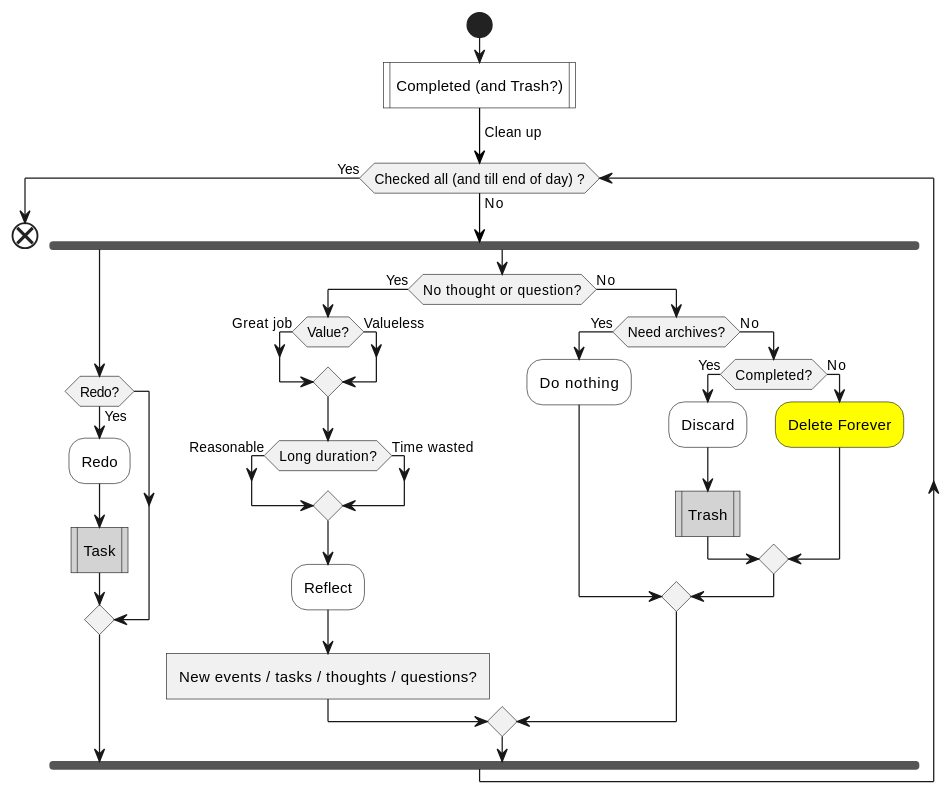
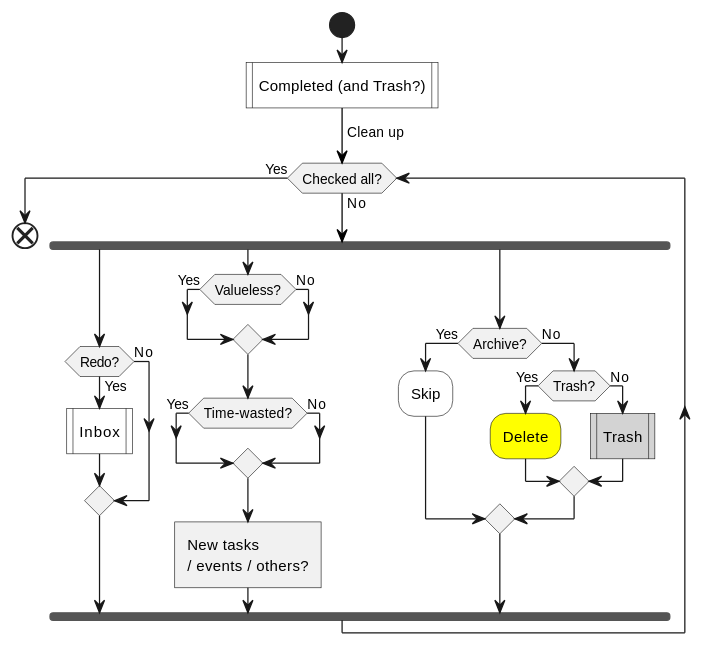
One commit to IceHe/icehe-lib changed the seventh of 9 diagrams in snips/principles/gtd.md. Above: the diagram before and after it, drawn with PlantUML. The commit also changed other lines of this file and 1 other file, not shown here.

````diff
--- a/snips/principles/gtd.md
+++ b/snips/principles/gtd.md
@@ -216,38 +310,36 @@
 ```plantuml
 @startuml
 start
 #white:Completed (and Trash?)|
 -[#black]-> Clean up;
-while (Checked all (and till end of day) ?) is (No)
+while (Checked all?) is (No)
     fork
         if (Redo?) then (Yes)
-            #white:Redo;
-            #lightGray:Task|
+            #white:Inbox|
+            '#white:Redo;
+            '#lightGray:Task|
+        else (No)
         endif
     fork again
-        if (No thought or question?) then (Yes)
-            if (Value?) then (Great job)
-            else (Valueless)
-            endif
-            if (Long duration?) then (Reasonable)
-            else (Time wasted)
-            endif
-            #white:Reflect;
-            :New events / tasks / thoughts / questions?]
+        if (Valueless?) then (Yes)
         else (No)
-            if (Need archives?) then (Yes)
-                #white:Do nothing;
+        endif
+        if (Time-wasted?) then (Yes)
+        else (No)
+        endif
+        :New tasks \n/ events / others?]
+    fork again
+        if (Archive?) then (Yes)
+            #white:Skip;
+        else (No)
+            if (Trash?) then (Yes)
+                #yellow:Delete;
             else (No)
-                if (Completed?) then (Yes)
-                    #white:Discard;
-                    #lightGray:Trash|
-                else (No)
-                    #yellow:Delete Forever;
-                endif
+                #lightGray:Trash|
             endif
         endif
     end fork
 endwhile (Yes)
 end
 @enduml
 ```
````
